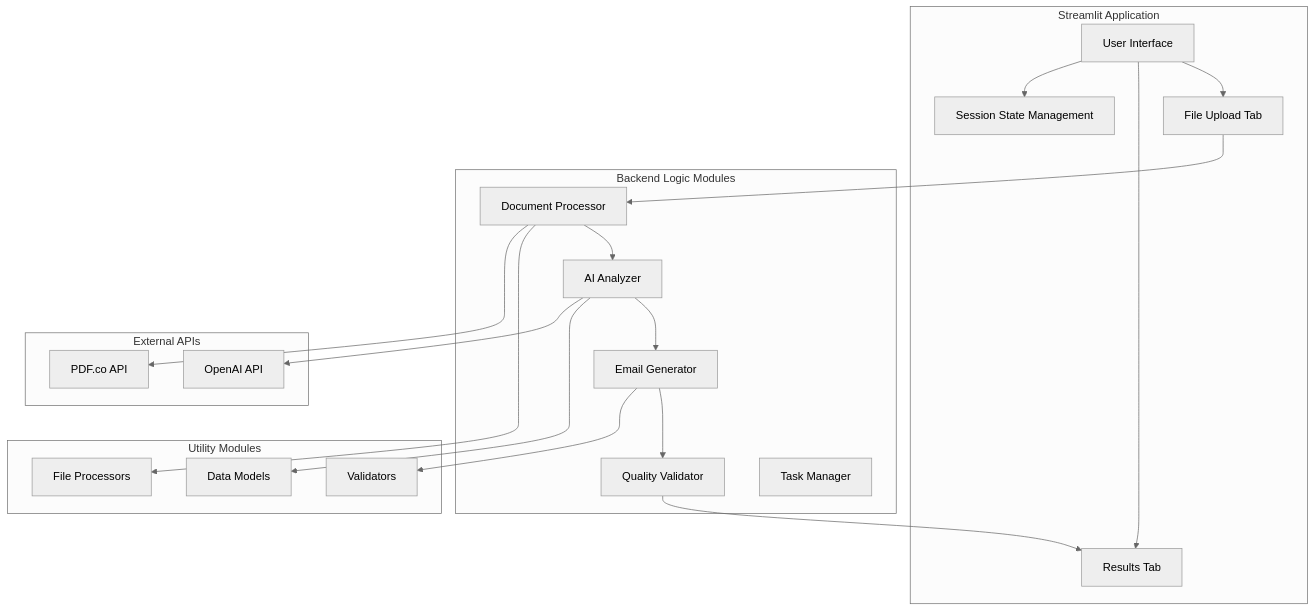
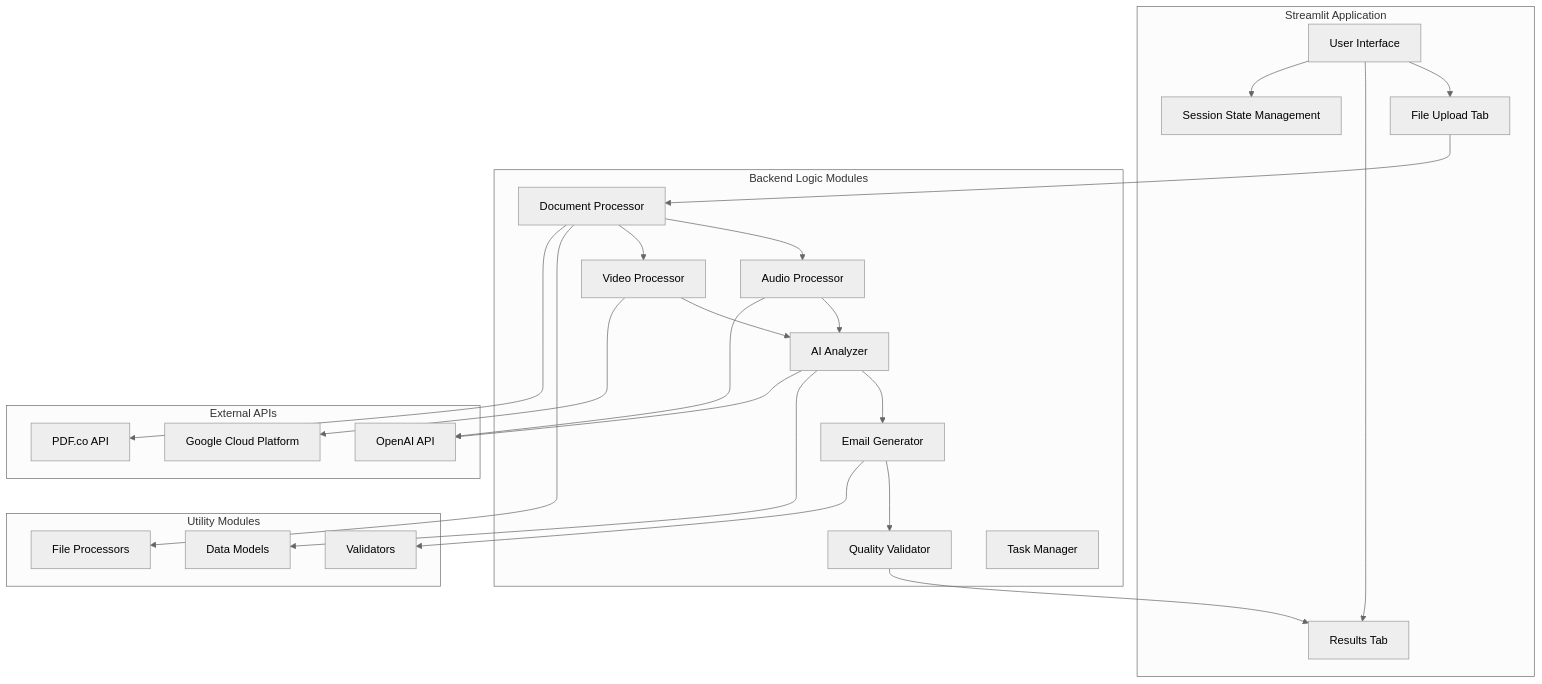
Before and after one commit to wisdom1456/Finding_Email: the first of 2 diagrams in ARCHITECTURE.md, drawn with Mermaid (neutral theme). The commit also changed other lines of this file and 45 other files, not shown here.

````diff
--- a/ARCHITECTURE.md
+++ b/ARCHITECTURE.md
@@ -23,45 +23,53 @@
 ```mermaid
 graph TB
     subgraph "Streamlit Application"
         UI[User Interface]
         Upload[File Upload Tab]
         Results[Results Tab]
         Session[Session State Management]
     end
     
     subgraph "Backend Logic Modules"
         DocProc[Document Processor]
+        AudioProc[Audio Processor]
+        VideoProc[Video Processor]
         AIAnalyzer[AI Analyzer]
         EmailGen[Email Generator]
         QualityVal[Quality Validator]
         TaskMgr[Task Manager]
     end
     
     subgraph "Utility Modules"
         DataModels[Data Models]
         Validators[Validators]
         FileProc[File Processors]
     end
     
     subgraph "External APIs"
         OpenAI[OpenAI API]
+        GoogleCloud[Google Cloud Platform]
         PDFco[PDF.co API]
     end
     
     UI --> Upload
     UI --> Results
     UI --> Session
     
     Upload --> DocProc
-    DocProc --> AIAnalyzer
+    DocProc --> AudioProc
+    DocProc --> VideoProc
+    AudioProc --> AIAnalyzer
+    VideoProc --> AIAnalyzer
     AIAnalyzer --> EmailGen
     EmailGen --> QualityVal
     QualityVal --> Results
     
     DocProc --> FileProc
     AIAnalyzer --> DataModels
     EmailGen --> Validators
     
+    AudioProc --> OpenAI
+    VideoProc --> GoogleCloud
     AIAnalyzer --> OpenAI
     DocProc --> PDFco
 ```
````
